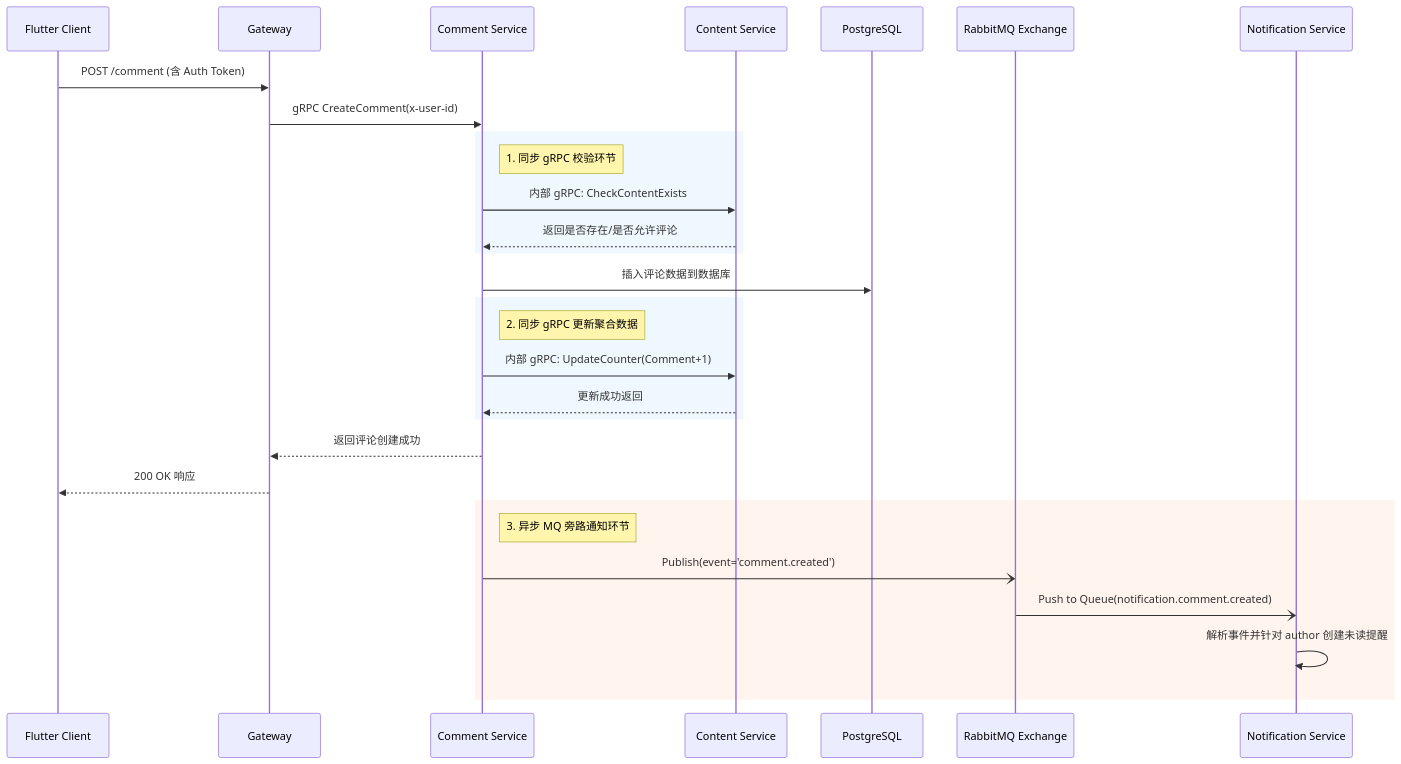
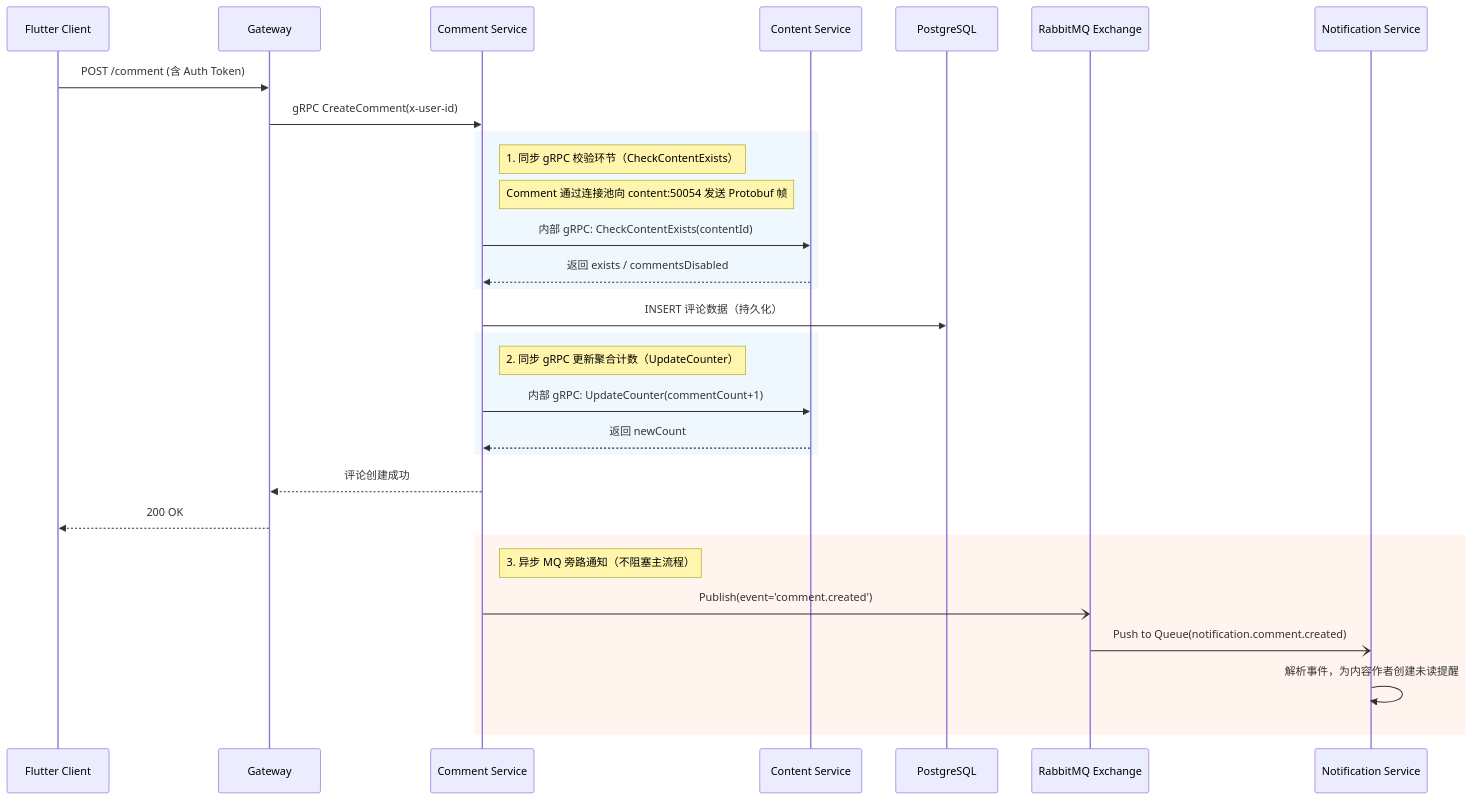
The second of 4 diagrams in docs/架构答疑.md (funcdfs/lesser), drawn with Mermaid before and after one commit. The commit also changed other lines of this file, not shown here.

Commit message:
docs: Update architecture Q&A documentation.

````diff
--- a/docs/架构答疑.md
+++ b/docs/架构答疑.md
@@ -92,37 +185,38 @@
 ```mermaid
 sequenceDiagram
     participant App as Flutter Client
     participant GW as Gateway
     participant Comment as Comment Service
     participant Content as Content Service
     participant PG as PostgreSQL
     participant MQ as RabbitMQ Exchange
     participant Notify as Notification Service
 
     App->>GW: POST /comment (含 Auth Token)
     GW->>Comment: gRPC CreateComment(x-user-id)
-    
+
     rect rgb(240, 248, 255)
-        Note right of Comment: 1. 同步 gRPC 校验环节
-        Comment->>Content: 内部 gRPC: CheckContentExists
-        Content-->>Comment: 返回是否存在/是否允许评论
+        Note right of Comment: 1. 同步 gRPC 校验环节（CheckContentExists）
+        Note right of Comment: Comment 通过连接池向 content:50054 发送 Protobuf 帧
+        Comment->>Content: 内部 gRPC: CheckContentExists(contentId)
+        Content-->>Comment: 返回 exists / commentsDisabled
     end
-    
-    Comment->>PG: 插入评论数据到数据库
-    
+
+    Comment->>PG: INSERT 评论数据（持久化）
+
     rect rgb(240, 248, 255)
-        Note right of Comment: 2. 同步 gRPC 更新聚合数据
-        Comment->>Content: 内部 gRPC: UpdateCounter(Comment+1)
-        Content-->>Comment: 更新成功返回
+        Note right of Comment: 2. 同步 gRPC 更新聚合计数（UpdateCounter）
+        Comment->>Content: 内部 gRPC: UpdateCounter(commentCount+1)
+        Content-->>Comment: 返回 newCount
     end
-    
-    Comment-->>GW: 返回评论创建成功
-    GW-->>App: 200 OK 响应
-    
+
+    Comment-->>GW: 评论创建成功
+    GW-->>App: 200 OK
+
     rect rgb(255, 245, 238)
-        Note right of Comment: 3. 异步 MQ 旁路通知环节
+        Note right of Comment: 3. 异步 MQ 旁路通知（不阻塞主流程）
         Comment-)MQ: Publish(event='comment.created')
         MQ-)Notify: Push to Queue(notification.comment.created)
-        Notify->>Notify: 解析事件并针对 author 创建未读提醒
+        Notify->>Notify: 解析事件，为内容作者创建未读提醒
     end
 ```
````
